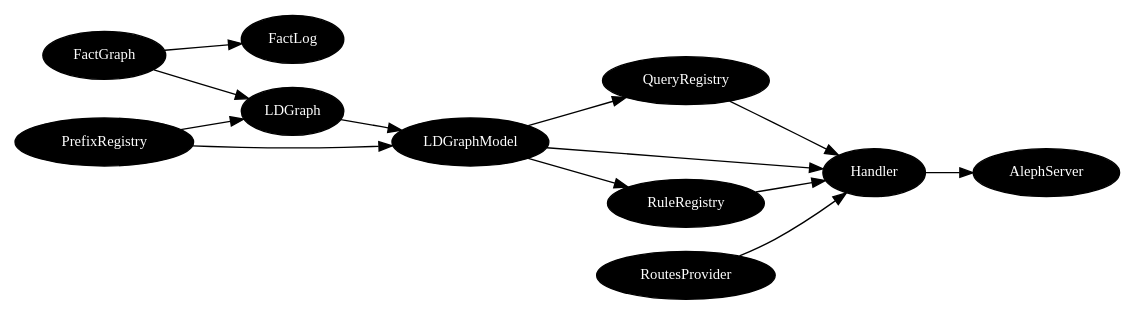
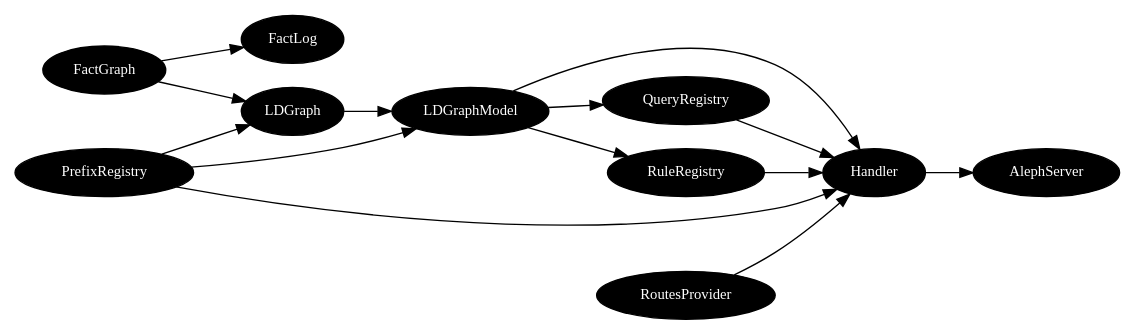
Before and after one commit to thi-ng/fabric: the diagram in fabric-ld/src/core.org, drawn with Graphviz. The commit also changed other lines of this file and 1 other file, not shown here.

Commit message:
[ld] add GET /prefixes route, update list-registry-handler, update registries to use sorted-map, update diagram

```diff
--- a/fabric-ld/src/core.org
+++ b/fabric-ld/src/core.org
@@ -48,20 +50,21 @@
 #+BEGIN_SRC dot :tangle ../../assets/overview.dot :exports none
 digraph g {
   node[color="black",style="filled",fontname="Inconsolata",fontcolor="white",fontsize=11];
   edge[fontname="Inconsolata",fontsize=9];
   rankdir=LR;
 
   FactGraph -> LDGraph -> LDGraphModel;
   FactGraph -> FactLog;
 
   PrefixRegistry -> LDGraph;
-  PrefixRegistry -> LDGraphModel;
+  PrefixRegistry -> LDGraphModel -> Handler;
+  PrefixRegistry -> Handler;
+
   LDGraphModel -> QueryRegistry -> Handler;
   LDGraphModel -> RuleRegistry -> Handler;
-  LDGraphModel -> Handler;
 
   RoutesProvider -> Handler;
 
   Handler -> AlephServer;
 }
 #+END_SRC
```
